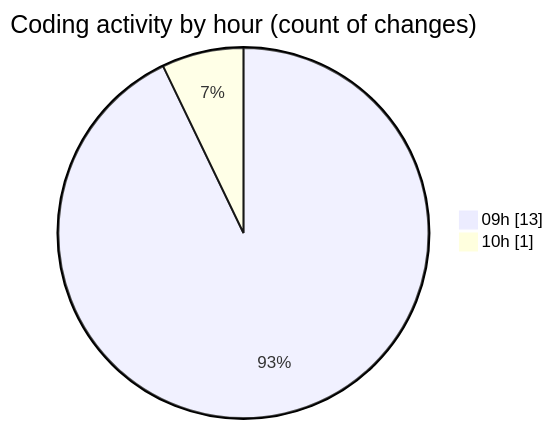
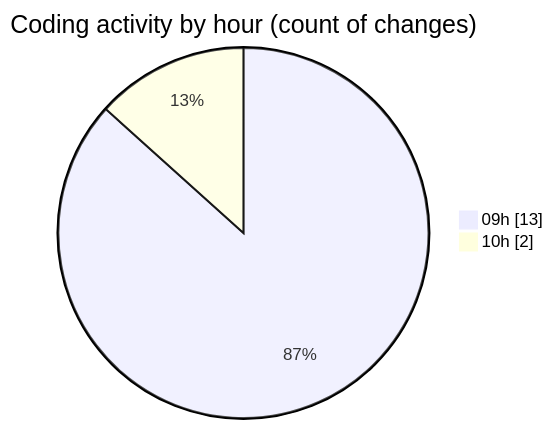
The second of 2 diagrams in 2025-01-06/totem/README.md (LanceThiago/code-tracking), drawn with Mermaid before and after one commit. The commit also changed other lines of this file and 1 other file, not shown here.

````diff
--- a/2025-01-06/totem/README.md
+++ b/2025-01-06/totem/README.md
@@ -30,6 +30,6 @@
 ```mermaid
 pie showData
 title Coding activity by hour (count of changes)
 "09h" : 13
-"10h" : 1
+"10h" : 2
 ```
````
